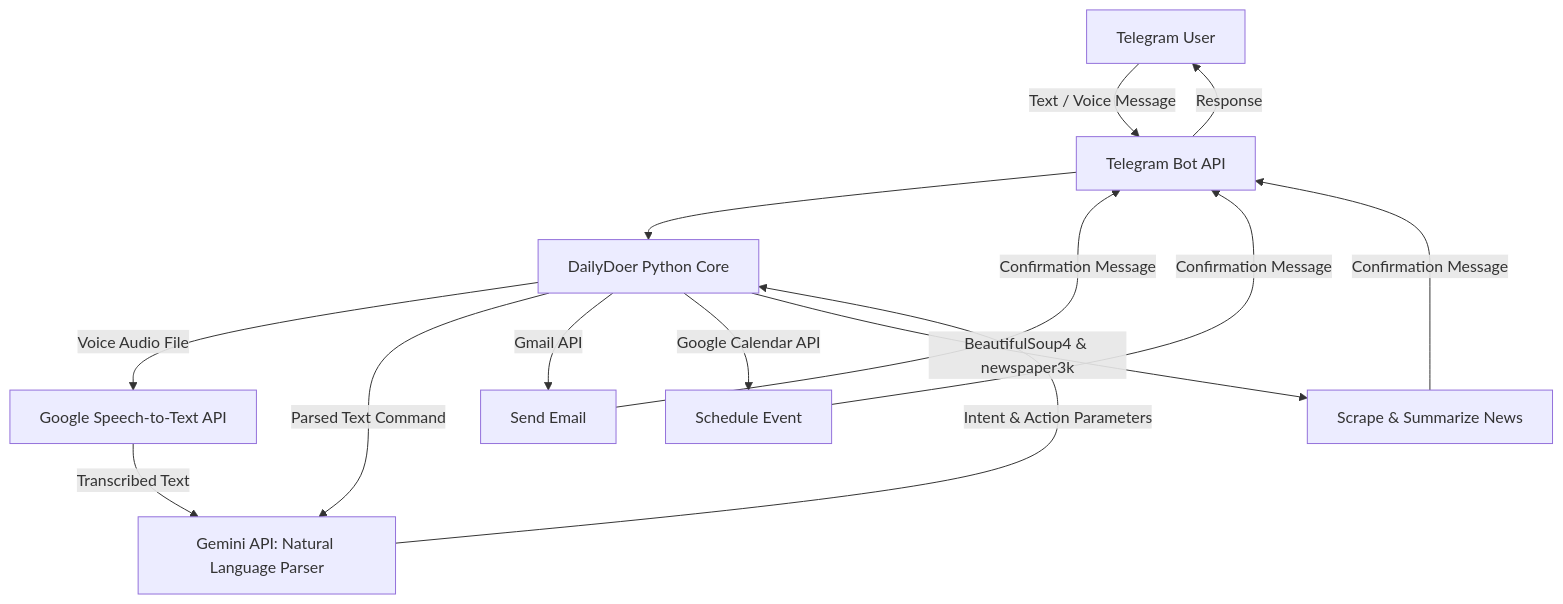
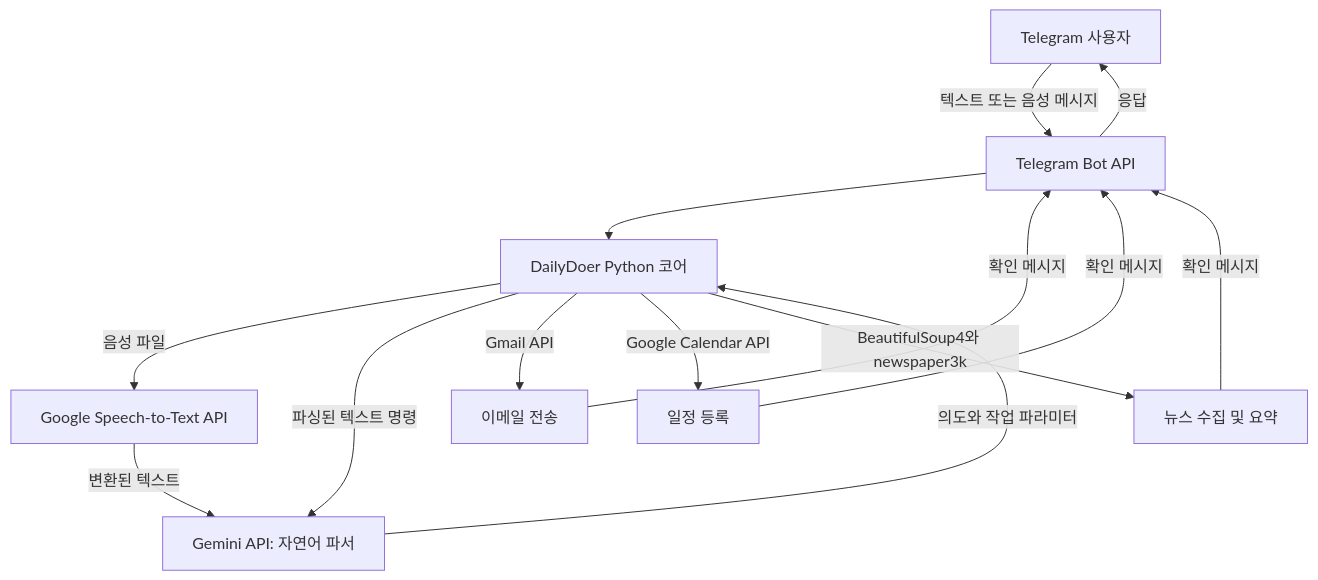
One commit to AlexL71/dadaboev-portfolio changed the diagram in src/pages/ko/research-and-projects/daily-doer-agent.md. Above: the diagram before and after it, drawn with Mermaid. The commit also changed other lines of this file and 27 other files, not shown here.

````diff
--- a/src/pages/ko/research-and-projects/daily-doer-agent.md
+++ b/src/pages/ko/research-and-projects/daily-doer-agent.md
@@ -20,14 +20,14 @@
 ```mermaid
 graph TD
-    A[Telegram User] -->|Text / Voice Message| B[Telegram Bot API]
-    B --> C[DailyDoer Python Core]
-    C -->|Voice Audio File| D[Google Speech-to-Text API]
-    D -->|Transcribed Text| E[Gemini API: Natural Language Parser]
-    C -->|Parsed Text Command| E
-    E -->|Intent & Action Parameters| C
-    C -->|Gmail API| F[Send Email]
-    C -->|Google Calendar API| G[Schedule Event]
-    C -->|BeautifulSoup4 & newspaper3k| H[Scrape & Summarize News]
-    F & G & H -->|Confirmation Message| B
-    B -->|Response| A
+    A[Telegram 사용자] -->|텍스트 또는 음성 메시지| B[Telegram Bot API]
+    B --> C[DailyDoer Python 코어]
+    C -->|음성 파일| D[Google Speech-to-Text API]
+    D -->|변환된 텍스트| E[Gemini API: 자연어 파서]
+    C -->|파싱된 텍스트 명령| E
+    E -->|의도와 작업 파라미터| C
+    C -->|Gmail API| F[이메일 전송]
+    C -->|Google Calendar API| G[일정 등록]
+    C -->|BeautifulSoup4와 newspaper3k| H[뉴스 수집 및 요약]
+    F & G & H -->|확인 메시지| B
+    B -->|응답| A
 ```
````
